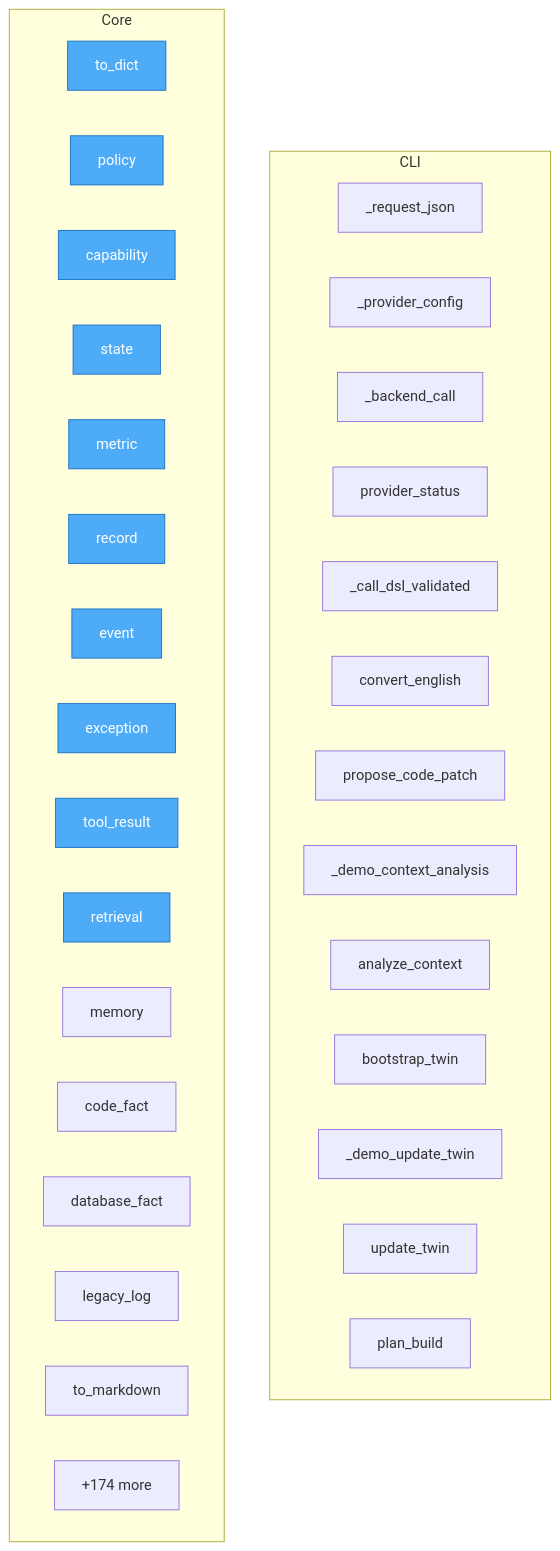
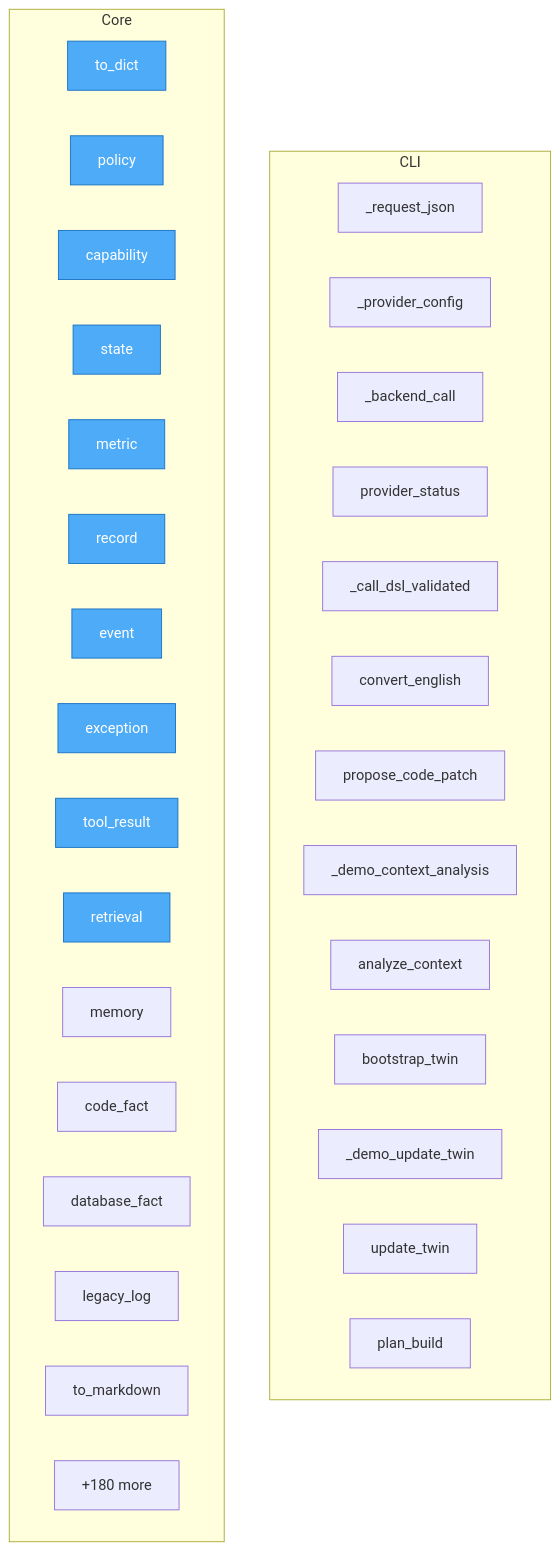
One commit to tom-sapletta-com/onlyDSL changed the diagram in project/flow.mmd. Above: the diagram before and after it, drawn with Mermaid. The commit also changed 52 other files, not shown here.

```diff
--- a/project/flow.mmd
+++ b/project/flow.mmd
@@ -1,42 +1,42 @@
 flowchart TD
 %% generated in 0.01s
 
     %% Entry points (blue)
     classDef entry fill:#4dabf7,stroke:#1971c2,color:#fff
 
     subgraph CLI
         llm_client___request_json["_request_json"]
         llm_client___provider_config["_provider_config"]
         llm_client___backend_call["_backend_call"]
         llm_client__provider_status["provider_status"]
         llm_client___call_dsl_validated["_call_dsl_validated"]
         llm_client__convert_english["convert_english"]
         llm_client__propose_code_patch["propose_code_patch"]
         llm_client___demo_context_analysis["_demo_context_analysis"]
         llm_client__analyze_context["analyze_context"]
         llm_client__bootstrap_twin["bootstrap_twin"]
         llm_client___demo_update_twin["_demo_update_twin"]
         llm_client__update_twin["update_twin"]
         llm_client__plan_build["plan_build"]
     end
 
     subgraph Core
         contextdsl__ContextDocument__to_dict["to_dict"]
         contextdsl__ContextCompiler__policy["policy"]
         contextdsl__ContextCompiler__capability["capability"]
         contextdsl__ContextCompiler__state["state"]
         contextdsl__ContextCompiler__metric["metric"]
         contextdsl__ContextCompiler__record["record"]
         contextdsl__ContextCompiler__event["event"]
         contextdsl__ContextCompiler__exception["exception"]
         contextdsl__ContextCompiler__tool_result["tool_result"]
         contextdsl__ContextCompiler__retrieval["retrieval"]
         contextdsl__ContextCompiler__memory["memory"]
         contextdsl__ContextCompiler__code_fact["code_fact"]
         contextdsl__ContextCompiler__database_fact["database_fact"]
         contextdsl__ContextCompiler__legacy_log["legacy_log"]
         contextdsl__ContextCompiler__to_markdown["to_markdown"]
-        ...["+174 more"]
+        ...["+180 more"]
     end
 
     class contextdsl__ContextDocument__to_dict,contextdsl__ContextCompiler__policy,contextdsl__ContextCompiler__capability,contextdsl__ContextCompiler__state,contextdsl__ContextCompiler__metric,contextdsl__ContextCompiler__record,contextdsl__ContextCompiler__event,contextdsl__ContextCompiler__exception,contextdsl__ContextCompiler__tool_result,contextdsl__ContextCompiler__retrieval entry
```
